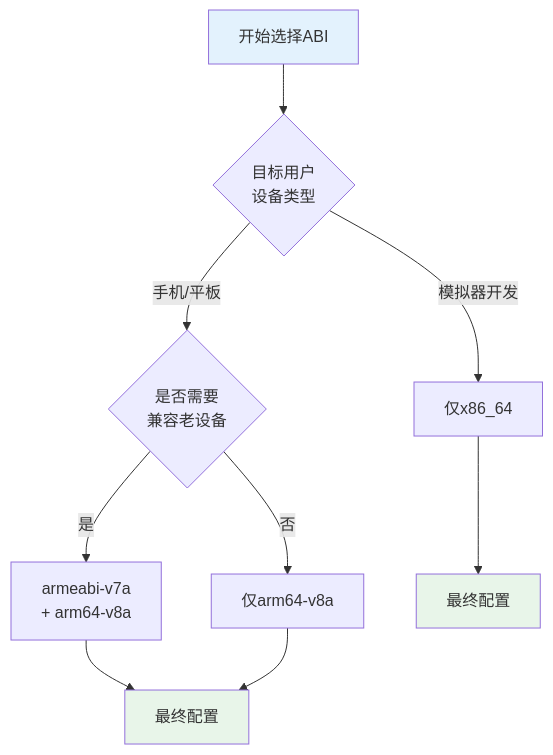
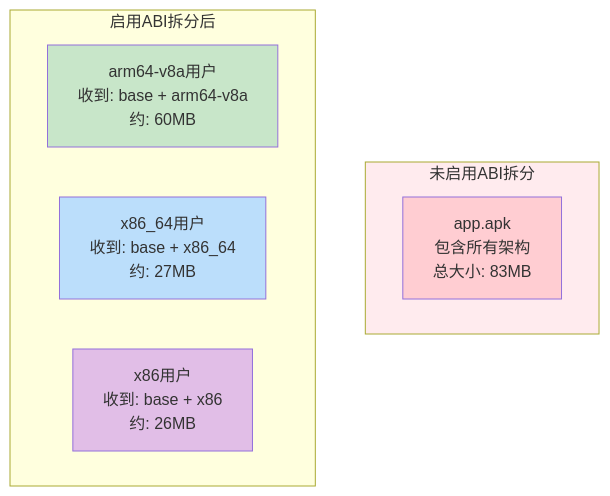
Before and after one commit to Carrie-L/carrie-l.github.io: the third of 4 diagrams in AndroidDeveloperGuideStory/Contents/vol21/21.1.89 捆绑包Abi.md, drawn with Mermaid. The commit also changed other lines of this file, not shown here.

Commit message:
feat(chapter-21.1.89): add BundleAbi configuration chapter for Android App Bundle

````diff
--- a/AndroidDeveloperGuideStory/Contents/vol21/21.1.89 捆绑包Abi.md
+++ b/AndroidDeveloperGuideStory/Contents/vol21/21.1.89 捆绑包Abi.md
@@ -189,18 +227,19 @@
 ```mermaid
 flowchart TB
-    Start["开始选择ABI"] --> Q1{"目标用户<br/>设备类型"}
+    subgraph WithoutABI["未启用ABI拆分"]
+        W1["app.apk<br/>包含所有架构<br/>总大小: 83MB"]
+        style W1 fill:#ffcdd2
+    end
     
-    Q1 -->|"手机/平板"| Q2{"是否需要<br/>兼容老设备"}
-    Q1 -->|"模拟器开发"| Q3["仅x86_64"]
+    subgraph WithABI["启用ABI拆分后"]
+        direction LR
+        I1["arm64-v8a用户<br/>收到: base + arm64-v8a<br/>约: 60MB"]
+        I2["x86_64用户<br/>收到: base + x86_64<br/>约: 27MB"]
+        I3["x86用户<br/>收到: base + x86<br/>约: 26MB"]
+    end
     
-    Q2 -->|"是"| All32["armeabi-v7a<br/>+ arm64-v8a"]
-    Q2 -->|"否"| Only64["仅arm64-v8a"]
-    
-    All32 --> Final1["最终配置"]
-    Only64 --> Final1
-    Q3 --> Final2["最终配置"]
-    
-    style Start fill:#e3f2fd
-    style Final1 fill:#e8f5e9
-    style Final2 fill:#e8f5e9
+    style WithoutABI fill:#ffebee
+    style I1 fill:#c8e6c9
+    style I2 fill:#bbdefb
+    style I3 fill:#e1bee7
 ```
````
